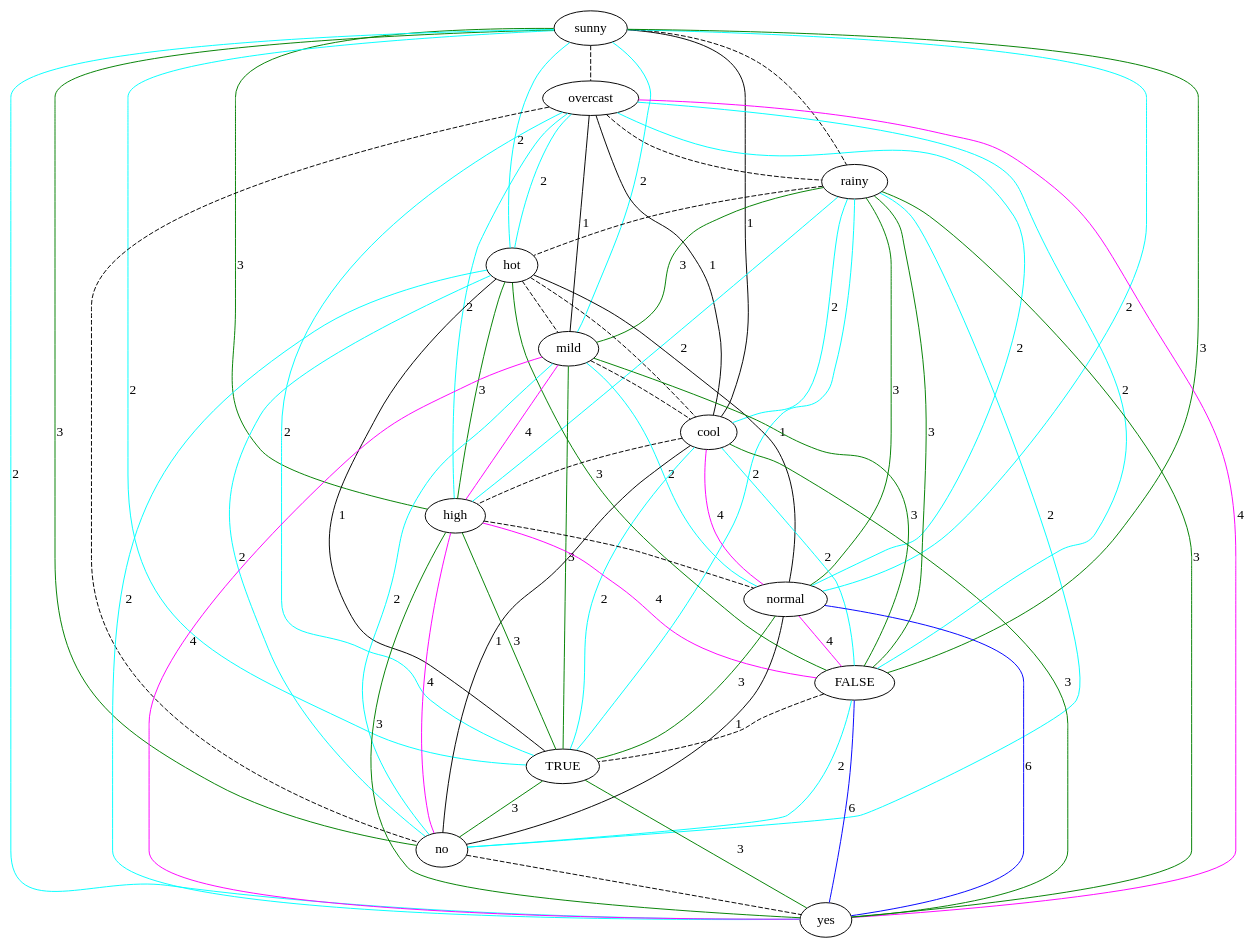
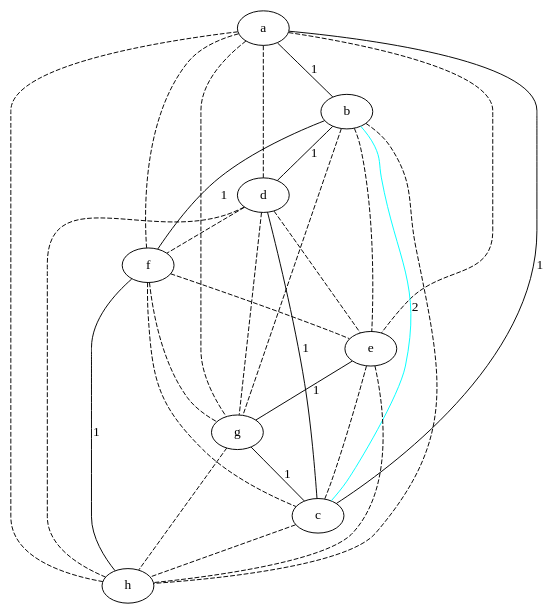
One commit to lrodrin/TFG changed the diagram in src/final/linearGraph.dot. Above: the diagram before and after it, drawn with Graphviz. The commit also changed 5 other files, not shown here.

```diff
--- a/src/final/linearGraph.dot
+++ b/src/final/linearGraph.dot
@@ -1,80 +1,38 @@
 strict graph "" {
-sunny;
-overcast;
-rainy;
-hot;
-mild;
-cool;
-high;
-normal;
-FALSE;
-TRUE;
-no;
-yes;
-sunny -- overcast  [color=black, style=dashed];
-sunny -- rainy  [color=black, style=dashed];
-sunny -- hot  [color=cyan, label=2, style=solid];
-sunny -- mild  [color=cyan, label=2, style=solid];
-sunny -- cool  [color=black, label=1, style=solid];
-sunny -- high  [color=green, label=3, style=solid];
-sunny -- normal  [color=cyan, label=2, style=solid];
-sunny -- FALSE  [color=green, label=3, style=solid];
-sunny -- TRUE  [color=cyan, label=2, style=solid];
-sunny -- no  [color=green, label=3, style=solid];
-sunny -- yes  [color=cyan, label=2, style=solid];
-overcast -- rainy  [color=black, style=dashed];
-overcast -- hot  [color=cyan, label=2, style=solid];
-overcast -- mild  [color=black, label=1, style=solid];
-overcast -- cool  [color=black, label=1, style=solid];
-overcast -- high  [color=cyan, label=2, style=solid];
-overcast -- normal  [color=cyan, label=2, style=solid];
-overcast -- FALSE  [color=cyan, label=2, style=solid];
-overcast -- TRUE  [color=cyan, label=2, style=solid];
-overcast -- no  [color=black, style=dashed];
-overcast -- yes  [color=magenta, label=4, style=solid];
-rainy -- hot  [color=black, style=dashed];
-rainy -- mild  [color=green, label=3, style=solid];
-rainy -- cool  [color=cyan, label=2, style=solid];
-rainy -- high  [color=cyan, label=2, style=solid];
-rainy -- normal  [color=green, label=3, style=solid];
-rainy -- FALSE  [color=green, label=3, style=solid];
-rainy -- TRUE  [color=cyan, label=2, style=solid];
-rainy -- no  [color=cyan, label=2, style=solid];
-rainy -- yes  [color=green, label=3, style=solid];
-hot -- mild  [color=black, style=dashed];
-hot -- cool  [color=black, style=dashed];
-hot -- high  [color=green, label=3, style=solid];
-hot -- normal  [color=black, label=1, style=solid];
-hot -- FALSE  [color=green, label=3, style=solid];
-hot -- TRUE  [color=black, label=1, style=solid];
-hot -- no  [color=cyan, label=2, style=solid];
-hot -- yes  [color=cyan, label=2, style=solid];
-mild -- cool  [color=black, style=dashed];
-mild -- high  [color=magenta, label=4, style=solid];
-mild -- normal  [color=cyan, label=2, style=solid];
-mild -- FALSE  [color=green, label=3, style=solid];
-mild -- TRUE  [color=green, label=3, style=solid];
-mild -- no  [color=cyan, label=2, style=solid];
-mild -- yes  [color=magenta, label=4, style=solid];
-cool -- high  [color=black, style=dashed];
-cool -- normal  [color=magenta, label=4, style=solid];
-cool -- FALSE  [color=cyan, label=2, style=solid];
-cool -- TRUE  [color=cyan, label=2, style=solid];
-cool -- no  [color=black, label=1, style=solid];
-cool -- yes  [color=green, label=3, style=solid];
-high -- normal  [color=black, style=dashed];
-high -- FALSE  [color=magenta, label=4, style=solid];
-high -- TRUE  [color=green, label=3, style=solid];
-high -- no  [color=magenta, label=4, style=solid];
-high -- yes  [color=green, label=3, style=solid];
-normal -- FALSE  [color=magenta, label=4, style=solid];
-normal -- TRUE  [color=green, label=3, style=solid];
-normal -- no  [color=black, label=1, style=solid];
-normal -- yes  [color=blue, label=6, style=solid];
-FALSE -- TRUE  [color=black, style=dashed];
-FALSE -- no  [color=cyan, label=2, style=solid];
-FALSE -- yes  [color=blue, label=6, style=solid];
-TRUE -- no  [color=green, label=3, style=solid];
-TRUE -- yes  [color=green, label=3, style=solid];
-no -- yes  [color=black, style=dashed];
+a;
+b;
+d;
+f;
+e;
+g;
+c;
+h;
+a -- b  [color=black, label=1, style=solid];
+a -- d  [color=black, style=dashed];
+a -- f  [color=black, style=dashed];
+a -- e  [color=black, style=dashed];
+a -- g  [color=black, style=dashed];
+a -- c  [color=black, label=1, style=solid];
+a -- h  [color=black, style=dashed];
+b -- d  [color=black, label=1, style=solid];
+b -- f  [color=black, label=1, style=solid];
+b -- e  [color=black, style=dashed];
+b -- g  [color=black, style=dashed];
+b -- c  [color=cyan, label=2, style=solid];
+b -- h  [color=black, style=dashed];
+d -- f  [color=black, style=dashed];
+d -- e  [color=black, style=dashed];
+d -- g  [color=black, style=dashed];
+d -- c  [color=black, label=1, style=solid];
+d -- h  [color=black, style=dashed];
+f -- e  [color=black, style=dashed];
+f -- g  [color=black, style=dashed];
+f -- c  [color=black, style=dashed];
+f -- h  [color=black, label=1, style=solid];
+e -- g  [color=black, label=1, style=solid];
+e -- c  [color=black, style=dashed];
+e -- h  [color=black, style=dashed];
+g -- c  [color=black, label=1, style=solid];
+g -- h  [color=black, style=dashed];
+c -- h  [color=black, style=dashed];
 }
```
